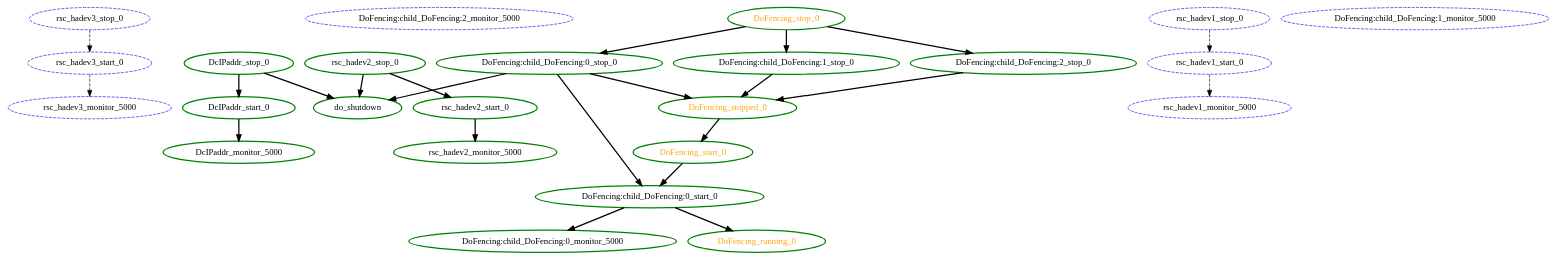
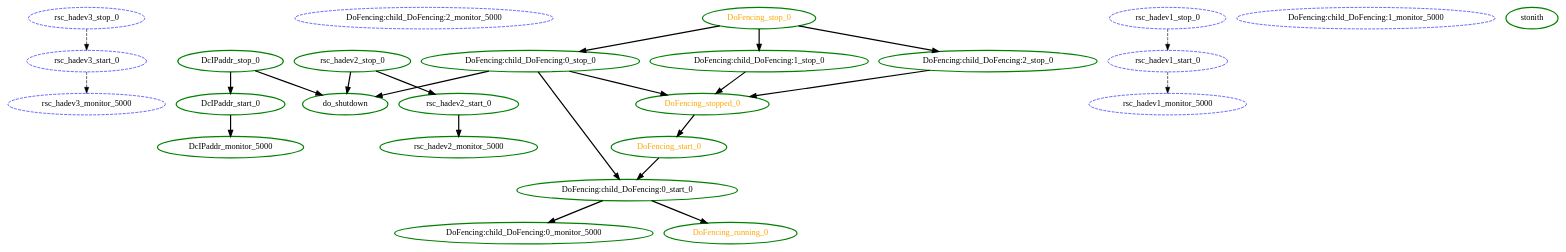
Before and after one commit to richiewen8/heartbeat: the diagram in crm/pengine/testcases/594.dot, drawn with Graphviz. The commit also changed 6 other files, not shown here.

```diff
--- a/crm/pengine/testcases/594.dot
+++ b/crm/pengine/testcases/594.dot
@@ -1,49 +1,50 @@
 digraph "g" {
 	size = "30,30"
 "rsc_hadev3_monitor_5000" [ style="dashed" color="blue" fontcolor="black" ]
 "DoFencing:child_DoFencing:2_monitor_5000" [ style="dashed" color="blue" fontcolor="black" ]
 "DcIPaddr_monitor_5000" [ tooltip="hadev1" style=bold color="green" fontcolor="black" ]
 "DoFencing:child_DoFencing:0_monitor_5000" [ tooltip="hadev1" style=bold color="green" fontcolor="black" ]
 "rsc_hadev2_monitor_5000" [ tooltip="hadev1" style=bold color="green" fontcolor="black" ]
 "rsc_hadev1_monitor_5000" [ style="dashed" color="blue" fontcolor="black" ]
 "DoFencing:child_DoFencing:1_monitor_5000" [ style="dashed" color="blue" fontcolor="black" ]
 "DcIPaddr_stop_0" [ tooltip="hadev2" style=bold color="green" fontcolor="black" ]
 "DcIPaddr_start_0" [ tooltip="hadev1" style=bold color="green" fontcolor="black" ]
 "rsc_hadev3_stop_0" [ style="dashed" color="blue" fontcolor="black" ]
 "rsc_hadev3_start_0" [ style="dashed" color="blue" fontcolor="black" ]
 "rsc_hadev2_stop_0" [ tooltip="hadev2" style=bold color="green" fontcolor="black" ]
 "rsc_hadev2_start_0" [ tooltip="hadev1" style=bold color="green" fontcolor="black" ]
 "rsc_hadev1_stop_0" [ style="dashed" color="blue" fontcolor="black" ]
 "rsc_hadev1_start_0" [ style="dashed" color="blue" fontcolor="black" ]
 "DoFencing:child_DoFencing:0_stop_0" [ tooltip="hadev2" style=bold color="green" fontcolor="black" ]
 "DoFencing:child_DoFencing:0_start_0" [ tooltip="hadev1" style=bold color="green" fontcolor="black" ]
 "DoFencing:child_DoFencing:1_stop_0" [ tooltip="hadev1" style=bold color="green" fontcolor="black" ]
 "DoFencing:child_DoFencing:2_stop_0" [ tooltip="hadev1" style=bold color="green" fontcolor="black" ]
 "DoFencing_start_0" [ tooltip="" style=bold color="green" fontcolor="orange" ]
 "DoFencing_running_0" [ tooltip="" style=bold color="green" fontcolor="orange" ]
 "DoFencing_stop_0" [ tooltip="" style=bold color="green" fontcolor="orange" ]
 "DoFencing_stopped_0" [ tooltip="" style=bold color="green" fontcolor="orange" ]
+"stonith" [ tooltip="hadev3" style=bold color="green" fontcolor="black" ]
 "do_shutdown" [ tooltip="hadev2" style=bold color="green" fontcolor="black" ]
 "rsc_hadev3_start_0" -> "rsc_hadev3_monitor_5000" [ style = dashed]
 "DcIPaddr_start_0" -> "DcIPaddr_monitor_5000" [ style = bold]
 "DoFencing:child_DoFencing:0_start_0" -> "DoFencing:child_DoFencing:0_monitor_5000" [ style = bold]
 "rsc_hadev2_start_0" -> "rsc_hadev2_monitor_5000" [ style = bold]
 "rsc_hadev1_start_0" -> "rsc_hadev1_monitor_5000" [ style = dashed]
 "DcIPaddr_stop_0" -> "DcIPaddr_start_0" [ style = bold]
 "rsc_hadev3_stop_0" -> "rsc_hadev3_start_0" [ style = dashed]
 "rsc_hadev2_stop_0" -> "rsc_hadev2_start_0" [ style = bold]
 "rsc_hadev1_stop_0" -> "rsc_hadev1_start_0" [ style = dashed]
 "DoFencing_stop_0" -> "DoFencing:child_DoFencing:0_stop_0" [ style = bold]
 "DoFencing:child_DoFencing:0_stop_0" -> "DoFencing:child_DoFencing:0_start_0" [ style = bold]
 "DoFencing_start_0" -> "DoFencing:child_DoFencing:0_start_0" [ style = bold]
 "DoFencing_stop_0" -> "DoFencing:child_DoFencing:1_stop_0" [ style = bold]
 "DoFencing_stop_0" -> "DoFencing:child_DoFencing:2_stop_0" [ style = bold]
 "DoFencing_stopped_0" -> "DoFencing_start_0" [ style = bold]
 "DoFencing:child_DoFencing:0_start_0" -> "DoFencing_running_0" [ style = bold]
 "DoFencing:child_DoFencing:0_stop_0" -> "DoFencing_stopped_0" [ style = bold]
 "DoFencing:child_DoFencing:1_stop_0" -> "DoFencing_stopped_0" [ style = bold]
 "DoFencing:child_DoFencing:2_stop_0" -> "DoFencing_stopped_0" [ style = bold]
 "DcIPaddr_stop_0" -> "do_shutdown" [ style = bold]
 "rsc_hadev2_stop_0" -> "do_shutdown" [ style = bold]
 "DoFencing:child_DoFencing:0_stop_0" -> "do_shutdown" [ style = bold]
 }
```
